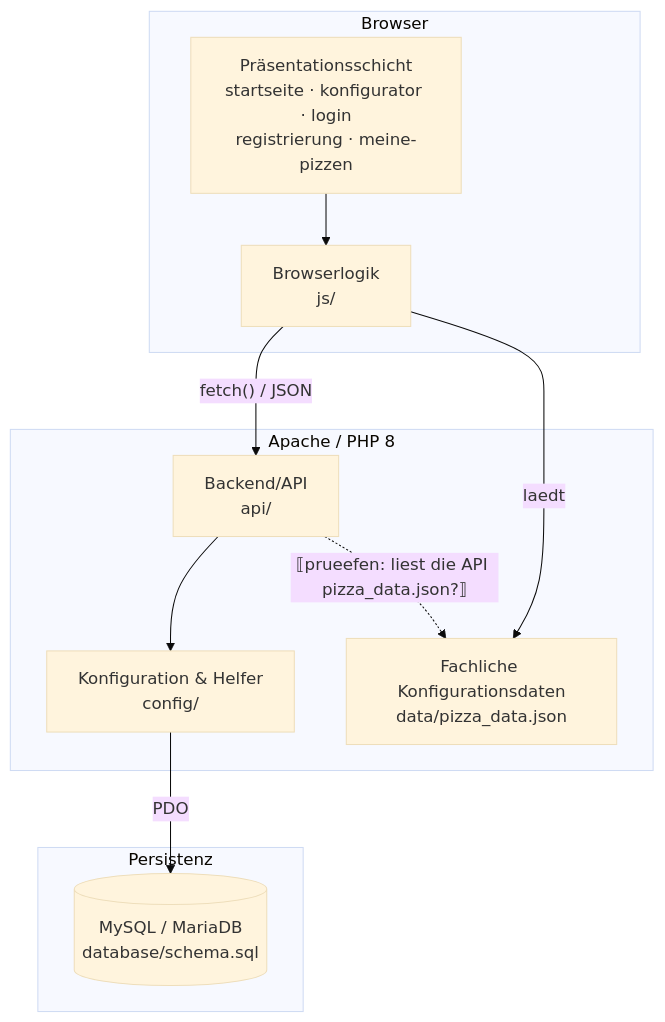
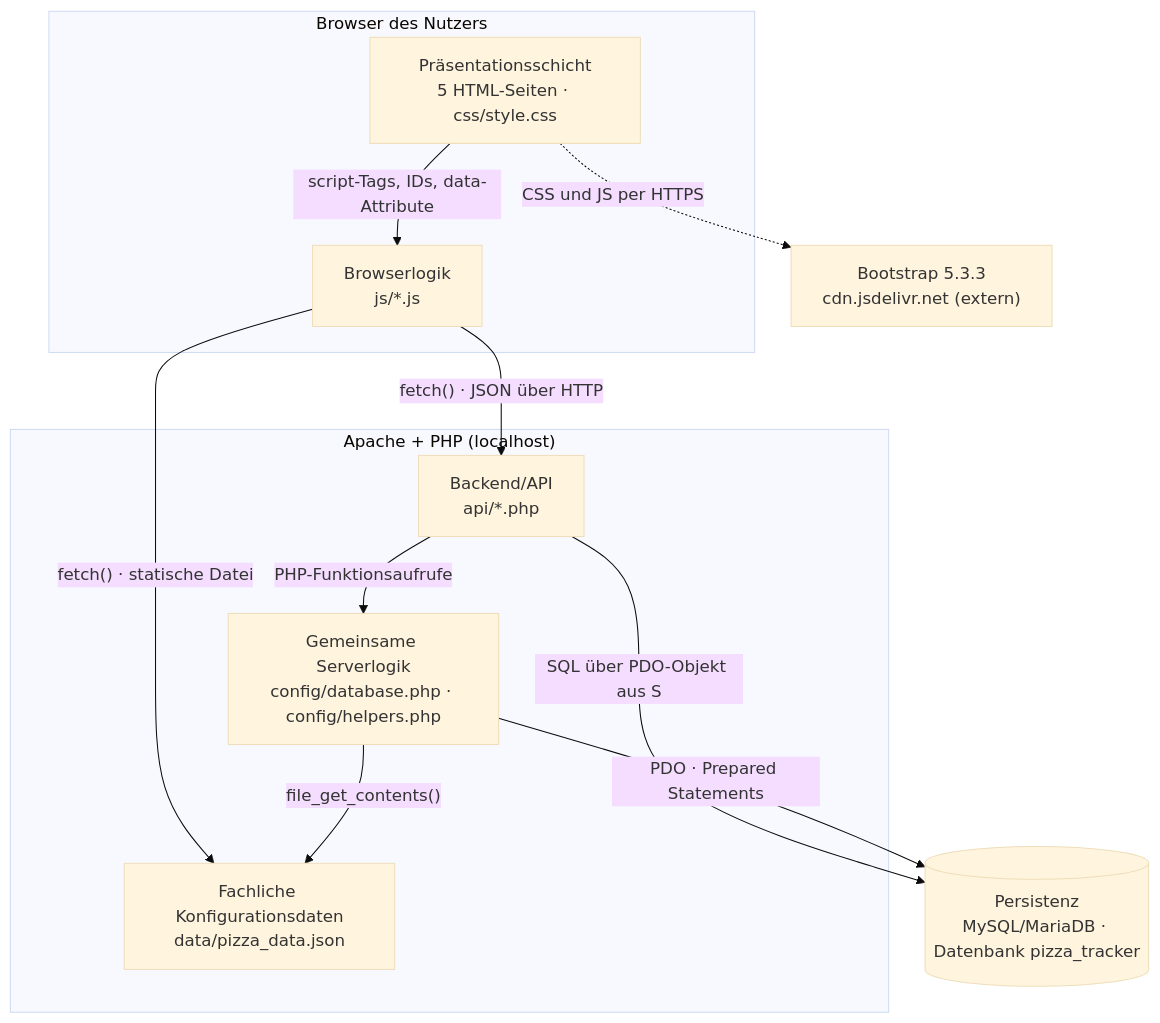
The first of 3 diagrams in docs/arch/A05 - Bausteinsicht.md (Familienmann89/Pizza-Tracker-), drawn with Mermaid (base theme) before and after one commit. The commit also changed other lines of this file, not shown here.

````diff
--- a/docs/arch/A05 - Bausteinsicht.md
+++ b/docs/arch/A05 - Bausteinsicht.md
@@ -37,22 +30,23 @@
 ```mermaid
-graph TD
-    subgraph Browser
-        HTML["Präsentationsschicht<br/>startseite · konfigurator · login<br/>registrierung · meine-pizzen"]
-        JS["Browserlogik<br/>js/"]
+flowchart TD
+    subgraph Browser["Browser des Nutzers"]
+        P["Präsentationsschicht<br/>5 HTML-Seiten · css/style.css"]
+        B["Browserlogik<br/>js/*.js"]
     end
-    subgraph "Apache / PHP 8"
-        API["Backend/API<br/>api/"]
-        CFG["Konfiguration &amp; Helfer<br/>config/"]
-        DATA["Fachliche Konfigurationsdaten<br/>data/pizza_data.json"]
+    subgraph Server["Apache + PHP (localhost)"]
+        A["Backend/API<br/>api/*.php"]
+        S["Gemeinsame Serverlogik<br/>config/database.php · config/helpers.php"]
+        F["Fachliche Konfigurationsdaten<br/>data/pizza_data.json"]
     end
-    subgraph Persistenz
-        DB[("MySQL / MariaDB<br/>database/schema.sql")]
-    end
+    D[("Persistenz<br/>MySQL/MariaDB · Datenbank pizza_tracker")]
+    CDN["Bootstrap 5.3.3<br/>cdn.jsdelivr.net (extern)"]
 
-    HTML --> JS
-    JS -->|"fetch() / JSON"| API
-    JS -->|"laedt"| DATA
-    API --> CFG
-    CFG -->|PDO| DB
-    API -.->|"⟦prueefen: liest die API pizza_data.json?⟧"| DATA
+    P -->|"script-Tags, IDs, data-Attribute"| B
+    B -->|"fetch() · JSON über HTTP"| A
+    B -->|"fetch() · statische Datei"| F
+    A -->|"PHP-Funktionsaufrufe"| S
+    S -->|"file_get_contents()"| F
+    A -->|"SQL über PDO-Objekt aus S"| D
+    S -->|"PDO · Prepared Statements"| D
+    P -.->|"CSS und JS per HTTPS"| CDN
 ```
````
